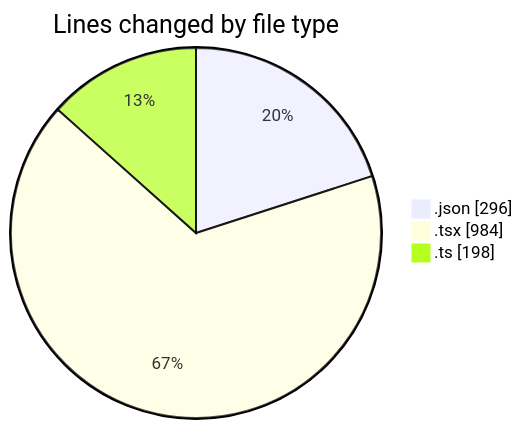
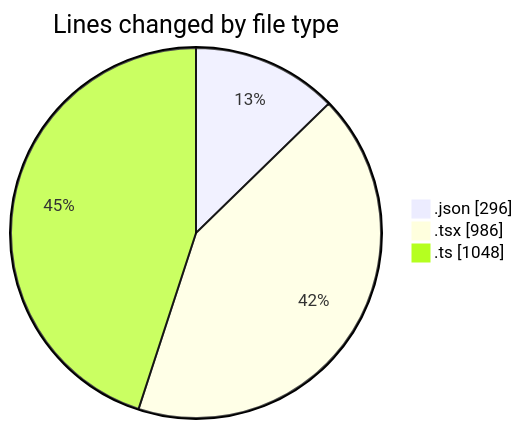
One commit to julien-gomy/code-tracking changed the first of 2 diagrams in 2025-10-07/eventscop-frontend-guide__workspace_/README.md. Above: the diagram before and after it, drawn with Mermaid. The commit also changed other lines of this file and 1 other file, not shown here.

````diff
--- a/2025-10-07/eventscop-frontend-guide__workspace_/README.md
+++ b/2025-10-07/eventscop-frontend-guide__workspace_/README.md
@@ -25,7 +35,7 @@
 ```mermaid
 pie showData
 title Lines changed by file type
 ".json" : 296
-".tsx" : 984
-".ts" : 198
+".tsx" : 986
+".ts" : 1048
 ```
````
